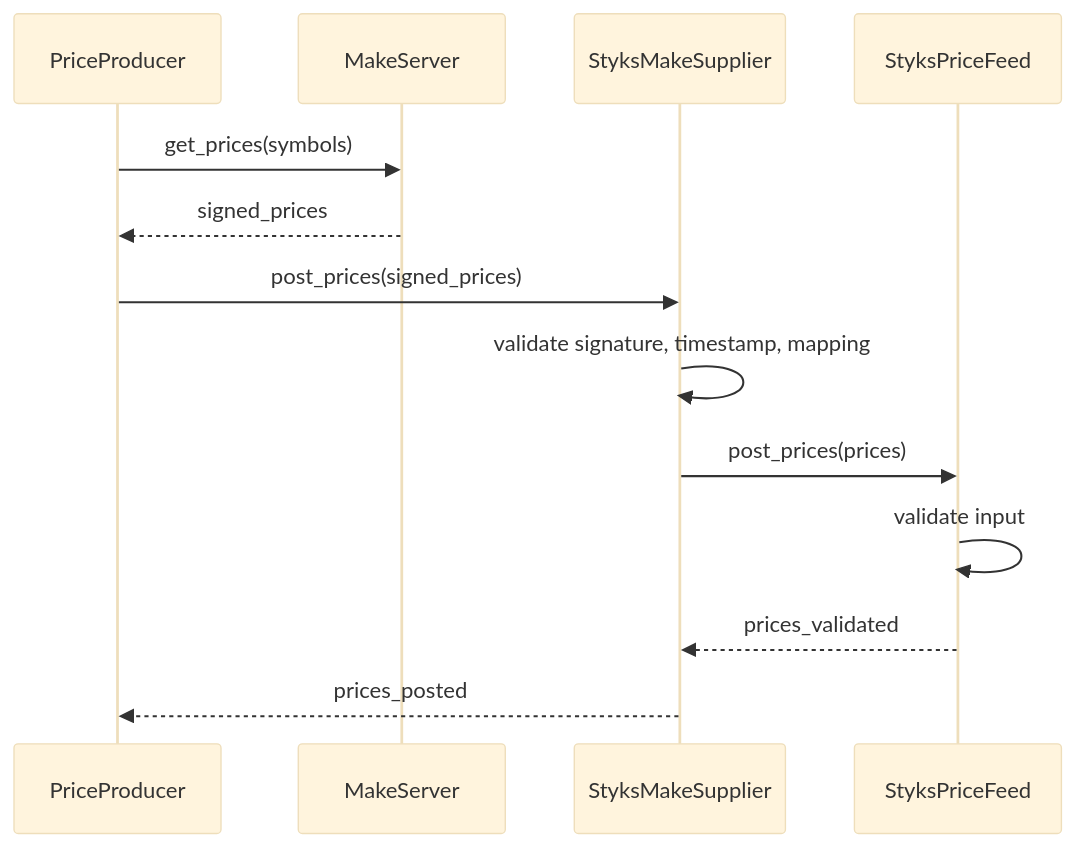
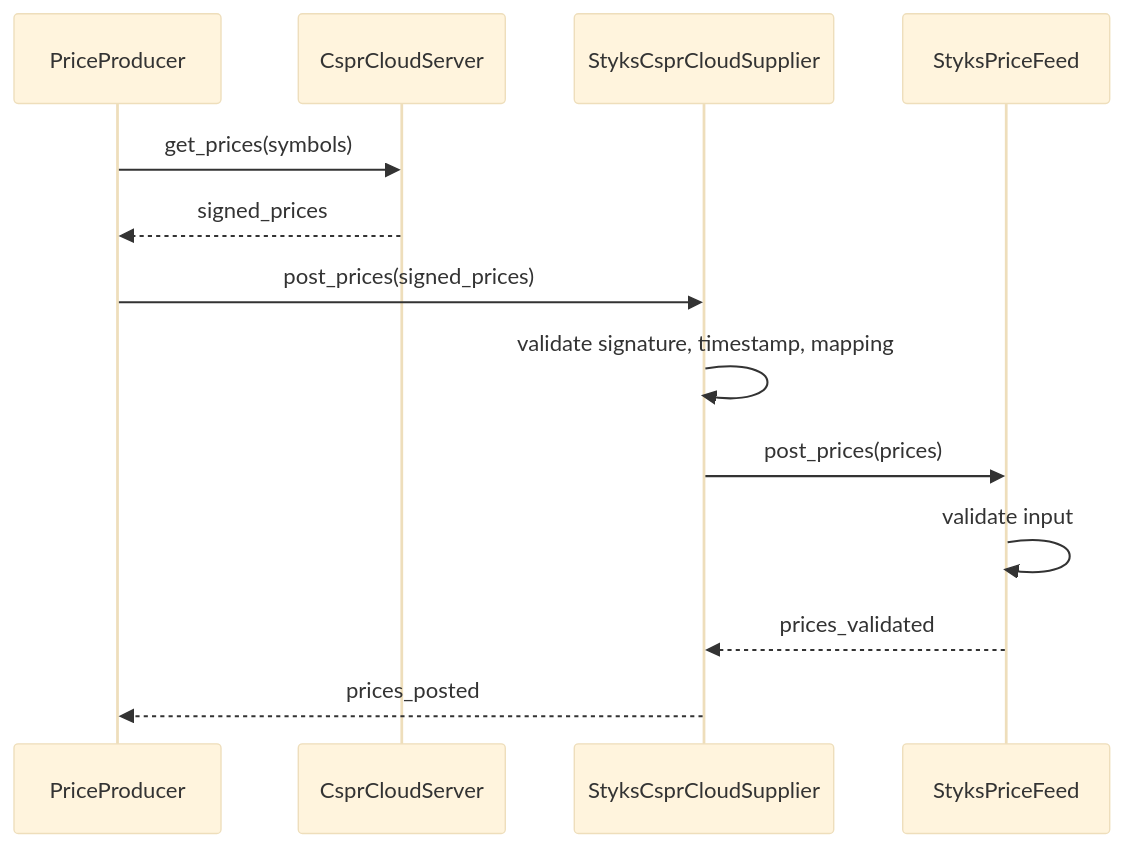
The second of 2 diagrams in README.md (odradev/styks), drawn with Mermaid (base theme) before and after one commit. The commit also changed other lines of this file and 1 other file, not shown here.

Commit message:
Update Make to CSPR.cloud

````diff
--- a/README.md
+++ b/README.md
@@ -235,18 +235,18 @@
 ```mermaid
 
 sequenceDiagram
     participant PriceProducer
-    participant MakeServer
-    participant StyksMakeSupplier
+    participant CsprCloudServer
+    participant StyksCsprCloudSupplier
     participant StyksPriceFeed
 
-    PriceProducer->>MakeServer: get_prices(symbols)
-    MakeServer-->>PriceProducer: signed_prices
-    PriceProducer->>StyksMakeSupplier: post_prices(signed_prices)
-    StyksMakeSupplier->>StyksMakeSupplier: validate signature, timestamp, mapping
-    StyksMakeSupplier->>StyksPriceFeed: post_prices(prices)
+    PriceProducer->>CsprCloudServer: get_prices(symbols)
+    CsprCloudServer-->>PriceProducer: signed_prices
+    PriceProducer->>StyksCsprCloudSupplier: post_prices(signed_prices)
+    StyksCsprCloudSupplier->>StyksCsprCloudSupplier: validate signature, timestamp, mapping
+    StyksCsprCloudSupplier->>StyksPriceFeed: post_prices(prices)
 
     StyksPriceFeed->>StyksPriceFeed: validate input
-    StyksPriceFeed-->>StyksMakeSupplier: prices_validated
-    StyksMakeSupplier-->>PriceProducer: prices_posted
+    StyksPriceFeed-->>StyksCsprCloudSupplier: prices_validated
+    StyksCsprCloudSupplier-->>PriceProducer: prices_posted
 ```
````
